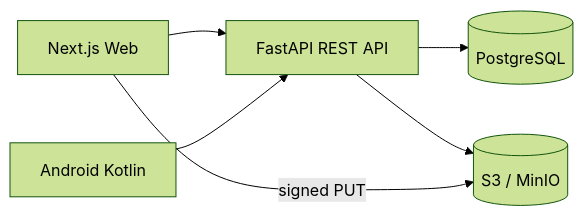
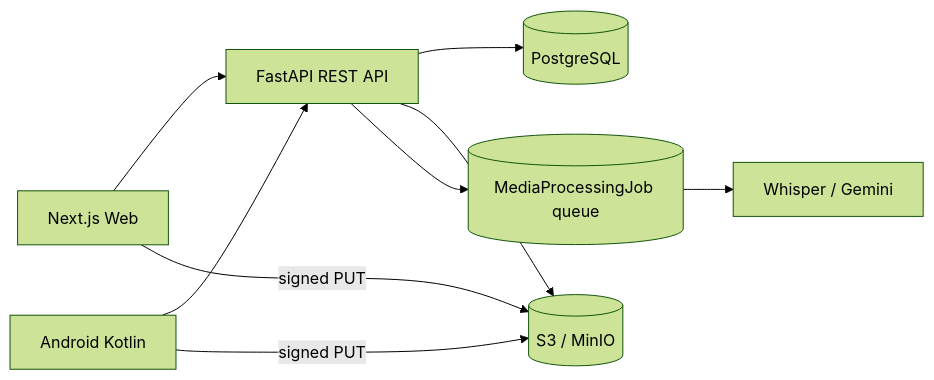
One commit to cxacraftecosystem-ui/documentation-portal changed the diagram in README.md. Above: the diagram before and after it, drawn with Mermaid (forest theme). The commit also changed other lines of this file and 22 other files, not shown here.

Commit message:
Add durable media processing queue

````diff
--- a/README.md
+++ b/README.md
@@ -20,8 +20,11 @@
 ```mermaid
 flowchart LR
   web[Next.js Web] --> api[FastAPI REST API]
   android[Android Kotlin] --> api
   api --> db[(PostgreSQL)]
   api --> s3[(S3 / MinIO)]
+  api --> queue[(MediaProcessingJob queue)]
+  queue --> ai[Whisper / Gemini]
   web -->|signed PUT| s3
+  android -->|signed PUT| s3
 ```
````
